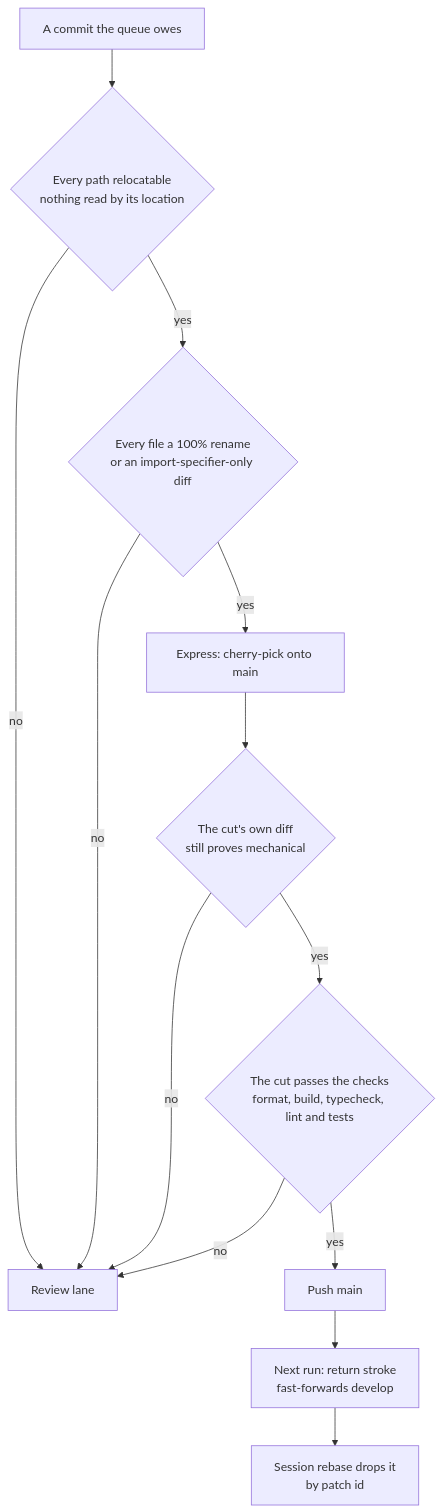
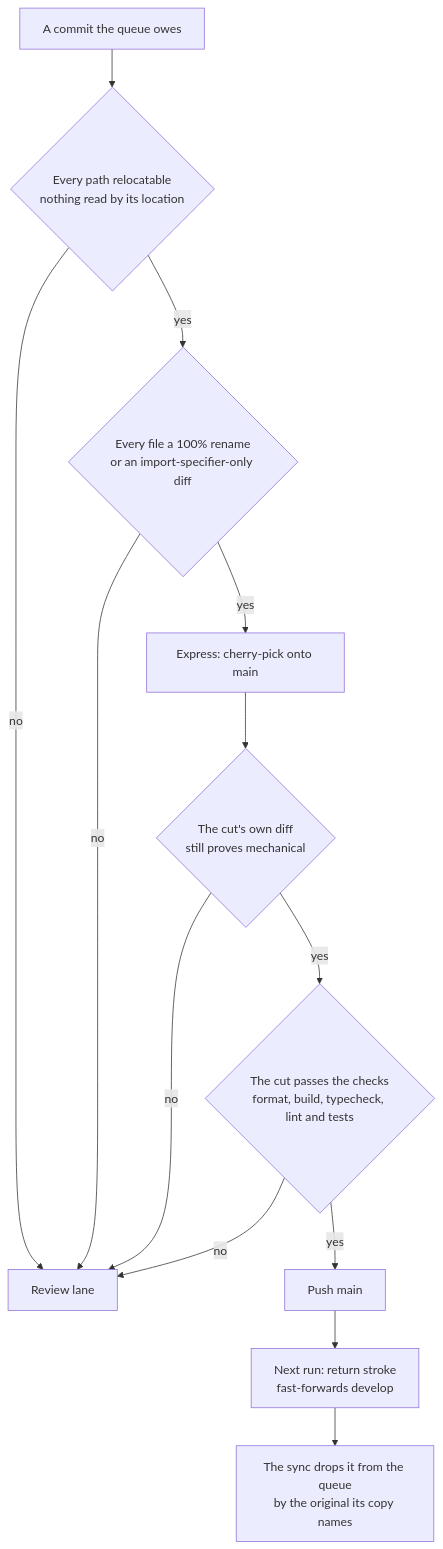
Before and after one commit to Esposter/Esposter: the diagram in apps/web/content/docs/infra/review-collector/express-lane.md, drawn with Mermaid. The commit also changed other lines of this file and 30 other files, not shown here.

````diff
--- a/apps/web/content/docs/infra/review-collector/express-lane.md
+++ b/apps/web/content/docs/infra/review-collector/express-lane.md
@@ -17,15 +17,15 @@
 ```mermaid
 flowchart TD
   C[A commit the queue owes] --> L{Every path relocatable<br/>nothing read by its location}
   L -->|no| RV[Review lane]
   L -->|yes| D{Every file a 100% rename<br/>or an import-specifier-only diff}
   D -->|no| RV
   D -->|yes| EX[Express: cherry-pick onto main]
   EX --> P{The cut's own diff<br/>still proves mechanical}
   P -->|no| RV
   P -->|yes| V{The cut passes the checks<br/>format, build, typecheck, lint and tests}
   V -->|no| RV
   V -->|yes| PU[Push main]
   PU --> FF[Next run: return stroke<br/>fast-forwards develop]
-  FF --> RB[Session rebase drops it<br/>by patch id]
+  FF --> RB[The sync drops it from the queue<br/>by the original its copy names]
 ```
````
